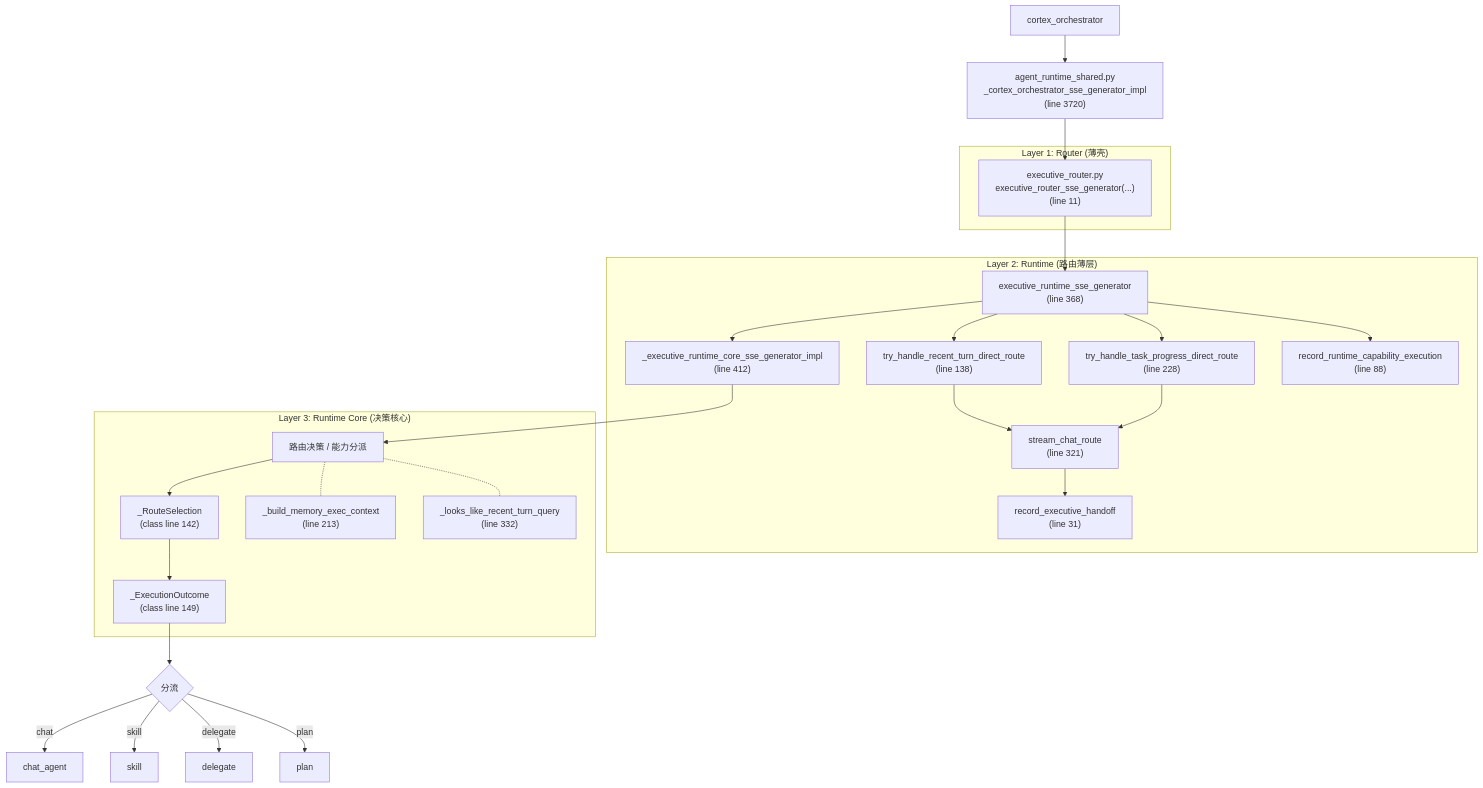
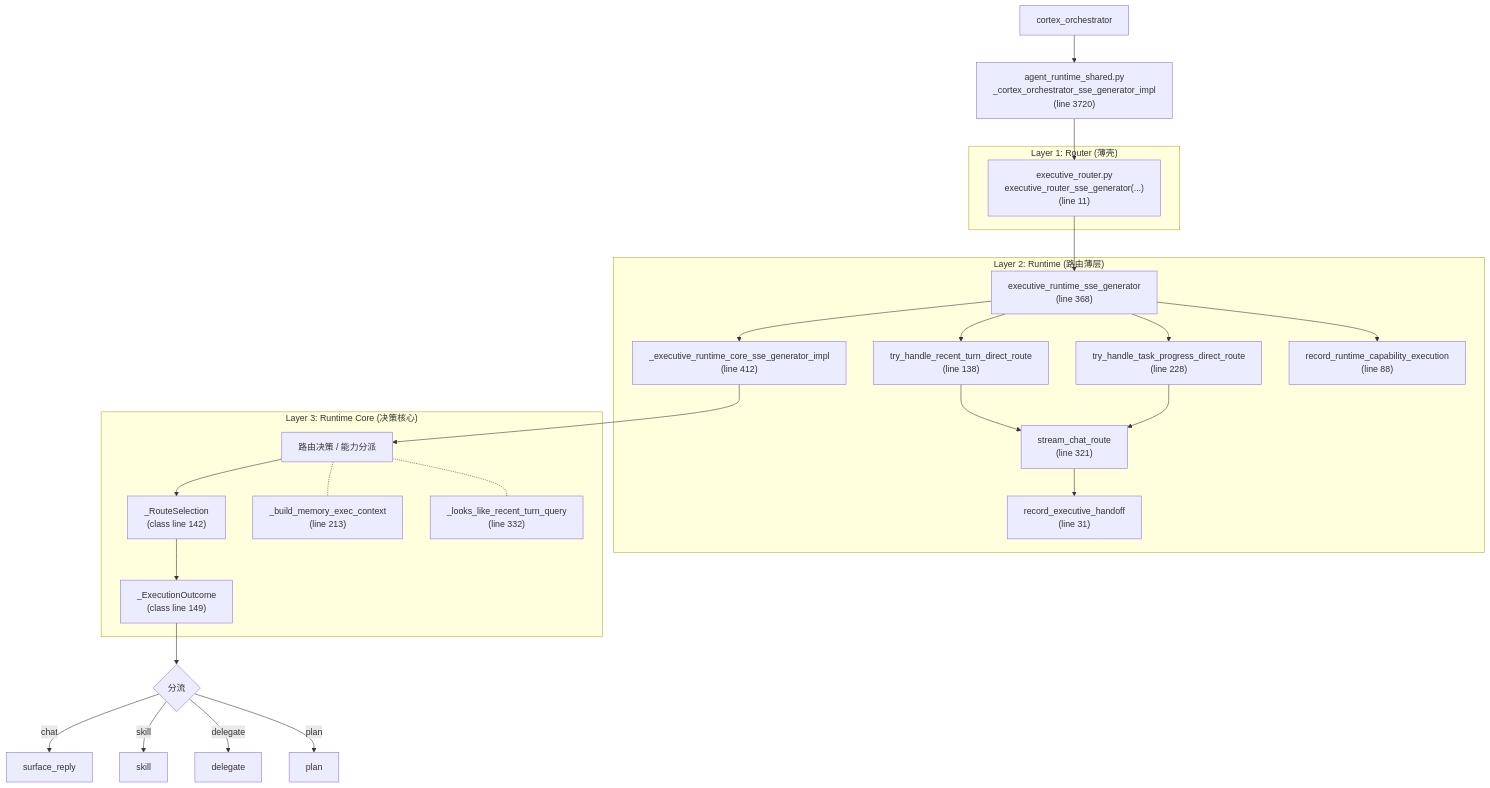
One commit to SakuraYoruno/Natsume_Ai changed the first of 2 diagrams in docs/50_project/arch/diagrams/04_executive_layers.md. Above: the diagram before and after it, drawn with Mermaid. The commit also changed other lines of this file and 85 other files, not shown here.

````diff
--- a/docs/50_project/arch/diagrams/04_executive_layers.md
+++ b/docs/50_project/arch/diagrams/04_executive_layers.md
@@ -22,51 +22,51 @@
 ```mermaid
 flowchart TD
     CO["cortex_orchestrator"]
     ARS["agent_runtime_shared.py<br/>_cortex_orchestrator_sse_generator_impl<br/>(line 3720)"]
 
     CO --> ARS
 
     subgraph Layer1["Layer 1: Router (薄壳)"]
         ER["executive_router.py<br/>executive_router_sse_generator(...)<br/>(line 11)"]
     end
 
     ARS --> ER
 
     subgraph Layer2["Layer 2: Runtime (路由薄层)"]
         ERT_TRY1["try_handle_recent_turn_direct_route<br/>(line 138)"]
         ERT_TRY2["try_handle_task_progress_direct_route<br/>(line 228)"]
         ERT_STREAM["stream_chat_route<br/>(line 321)"]
         ERT_SSE["executive_runtime_sse_generator<br/>(line 368)"]
         ERT_CORE_IMPL["_executive_runtime_core_sse_generator_impl<br/>(line 412)"]
         ERT_HANDOFF["record_executive_handoff<br/>(line 31)"]
         ERT_CAP["record_runtime_capability_execution<br/>(line 88)"]
     end
 
     ER --> ERT_SSE
     ERT_SSE --> ERT_TRY1
     ERT_SSE --> ERT_TRY2
     ERT_TRY1 --> ERT_STREAM
     ERT_TRY2 --> ERT_STREAM
     ERT_SSE --> ERT_CORE_IMPL
     ERT_STREAM --> ERT_HANDOFF
     ERT_SSE --> ERT_CAP
 
     subgraph Layer3["Layer 3: Runtime Core (决策核心)"]
         RC_SEL["_RouteSelection<br/>(class line 142)"]
         RC_OUT["_ExecutionOutcome<br/>(class line 149)"]
         RC_MEM["_build_memory_exec_context<br/>(line 213)"]
         RC_PROBE["_looks_like_recent_turn_query<br/>(line 332)"]
         RC_DEC["路由决策 / 能力分派"]
     end
 
     ERT_CORE_IMPL --> RC_DEC
     RC_DEC --> RC_SEL --> RC_OUT
     RC_DEC -.- RC_MEM
     RC_DEC -.- RC_PROBE
 
     RC_OUT --> SEL{"分流"}
-    SEL -->|chat| CA["chat_agent"]
+    SEL -->|chat| CA["surface_reply"]
     SEL -->|skill| SK["skill"]
     SEL -->|delegate| DG["delegate"]
     SEL -->|plan| PL["plan"]
 ```
````
